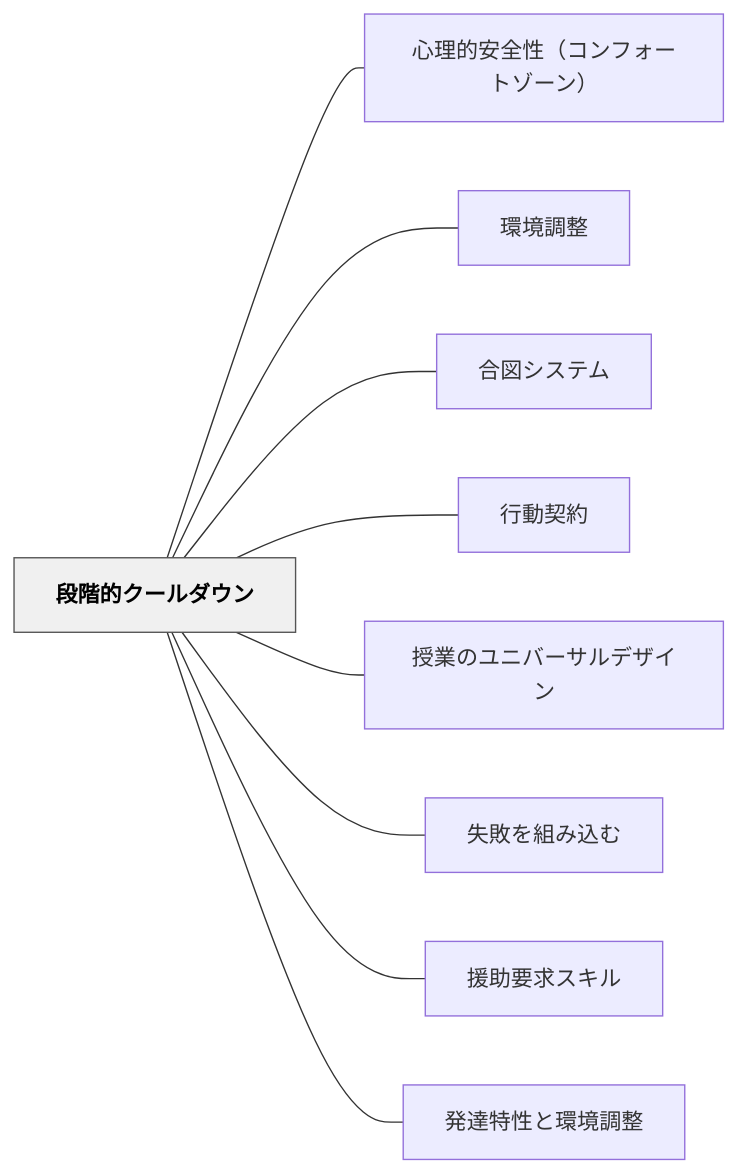
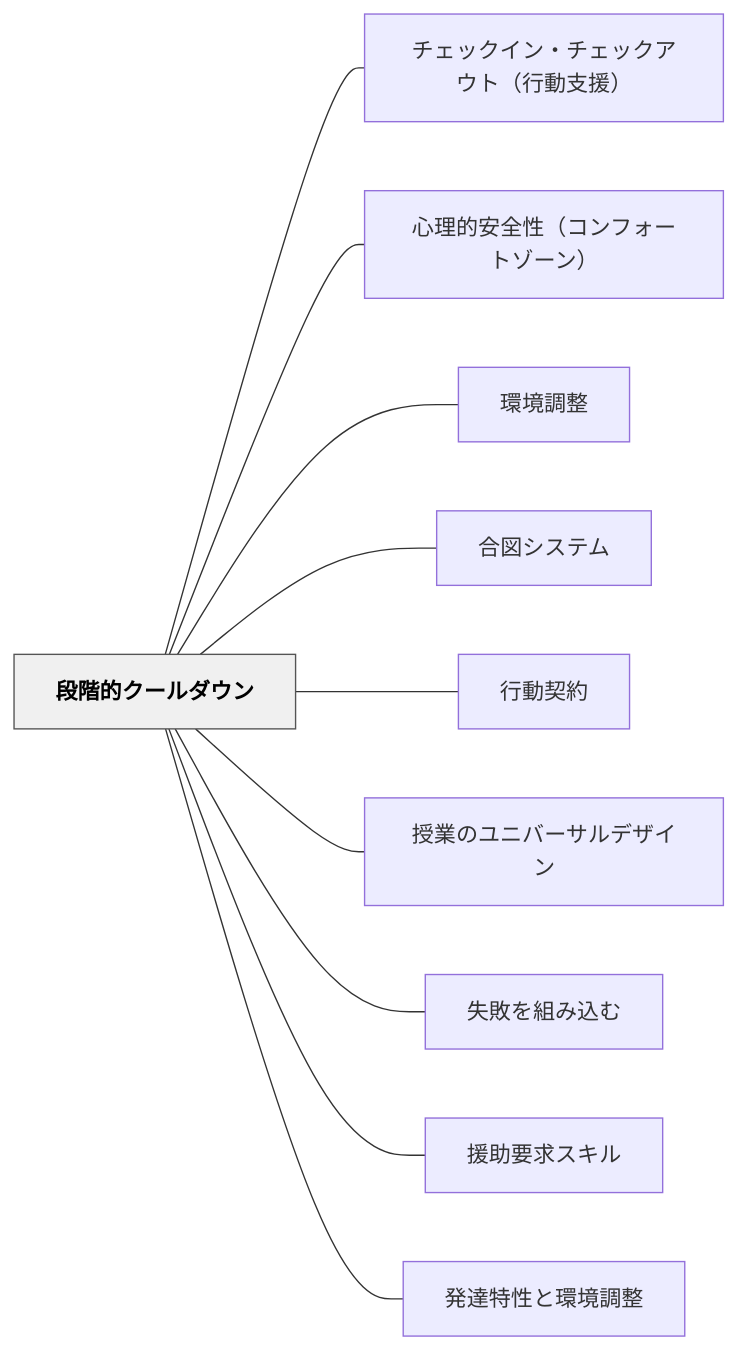
One commit to unknownthings-ed-patterns/unknownthings-ed-patterns changed the diagram in content/パタン/段階的クールダウン.md. Above: the diagram before and after it, drawn with Mermaid. The commit also changed other lines of this file and 473 other files, not shown here.

````diff
--- a/content/パタン/段階的クールダウン.md
+++ b/content/パタン/段階的クールダウン.md
@@ -120,24 +121,26 @@
 ```mermaid
 flowchart LR
     ne6aeb5e99a8e["段階的クールダウン"]
+    ne38381e382a7["チェックイン・チェックアウト（行動支援）"]
     ne5bf83e79086["心理的安全性（コンフォートゾーン）"]
     ne792b0e5a283["環境調整"]
     ne59088e59bb3["合図システム"]
     ne8a18ce58b95["行動契約"]
     ne68e88e6a5ad["授業のユニバーサルデザイン"]
     ne5a4b1e69597["失敗を組み込む"]
     ne68fb4e58aa9["援助要求スキル"]
     ne799bae98194["発達特性と環境調整"]
 
+    ne6aeb5e99a8e --- ne38381e382a7
     ne6aeb5e99a8e --- ne5bf83e79086
     ne6aeb5e99a8e --- ne792b0e5a283
     ne6aeb5e99a8e --- ne59088e59bb3
     ne6aeb5e99a8e --- ne8a18ce58b95
     ne6aeb5e99a8e --- ne68e88e6a5ad
     ne6aeb5e99a8e --- ne5a4b1e69597
     ne6aeb5e99a8e --- ne68fb4e58aa9
     ne6aeb5e99a8e --- ne799bae98194
 
     classDef hub fill:#f0f0f0,stroke:#555,color:#000,font-weight:bold
     class ne6aeb5e99a8e hub
 ```
````
